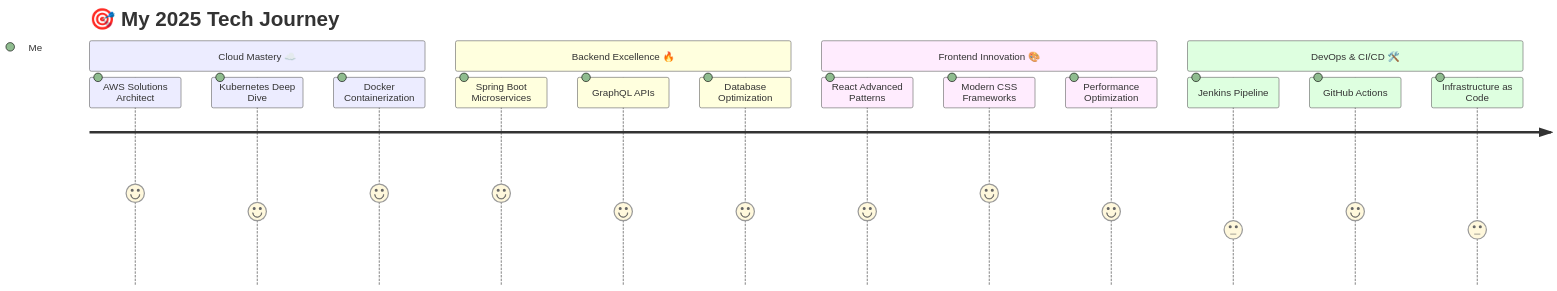
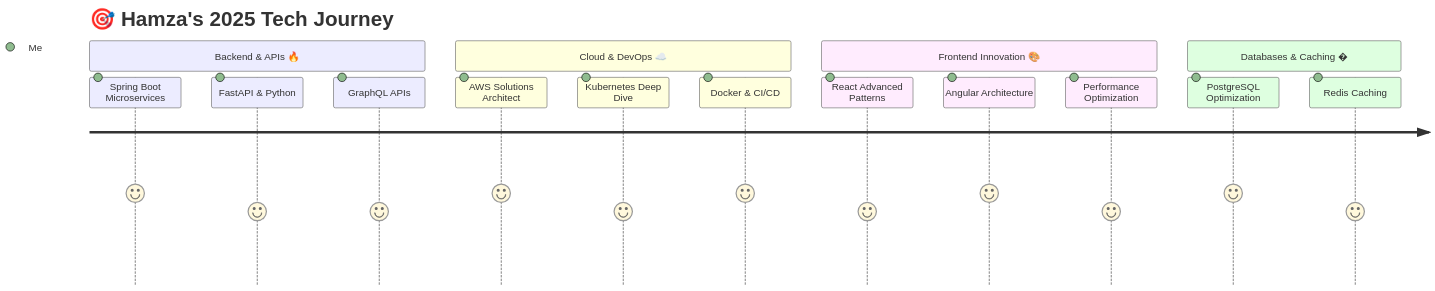
Before and after one commit to Hamza-01f/Hamza-01f: the diagram in README.md, drawn with Mermaid. The commit also changed other lines of this file, not shown here.

````diff
--- a/README.md
+++ b/README.md
@@ -97,20 +173,19 @@
 ```mermaid
 journey
-    title 🎯 My 2025 Tech Journey
-    section Cloud Mastery ☁️
+    title 🎯 Hamza's 2025 Tech Journey
+    section Backend & APIs 🔥
+      Spring Boot Microservices: 5: Me
+      FastAPI & Python: 4: Me
+      GraphQL APIs: 4: Me
+    section Cloud & DevOps ☁️
       AWS Solutions Architect: 5: Me
       Kubernetes Deep Dive: 4: Me
-      Docker Containerization: 5: Me
-    section Backend Excellence 🔥
-      Spring Boot Microservices: 5: Me
-      GraphQL APIs: 4: Me
-      Database Optimization: 4: Me
+      Docker & CI/CD: 5: Me
     section Frontend Innovation 🎨
       React Advanced Patterns: 4: Me
-      Modern CSS Frameworks: 5: Me
+      Angular Architecture: 5: Me
       Performance Optimization: 4: Me
-    section DevOps & CI/CD 🛠️
-      Jenkins Pipeline: 3: Me
-      GitHub Actions: 4: Me
-      Infrastructure as Code: 3: Me
- ```
+    section Databases & Caching �️
+      PostgreSQL Optimization: 5: Me
+      Redis Caching: 4: Me
+```
````
